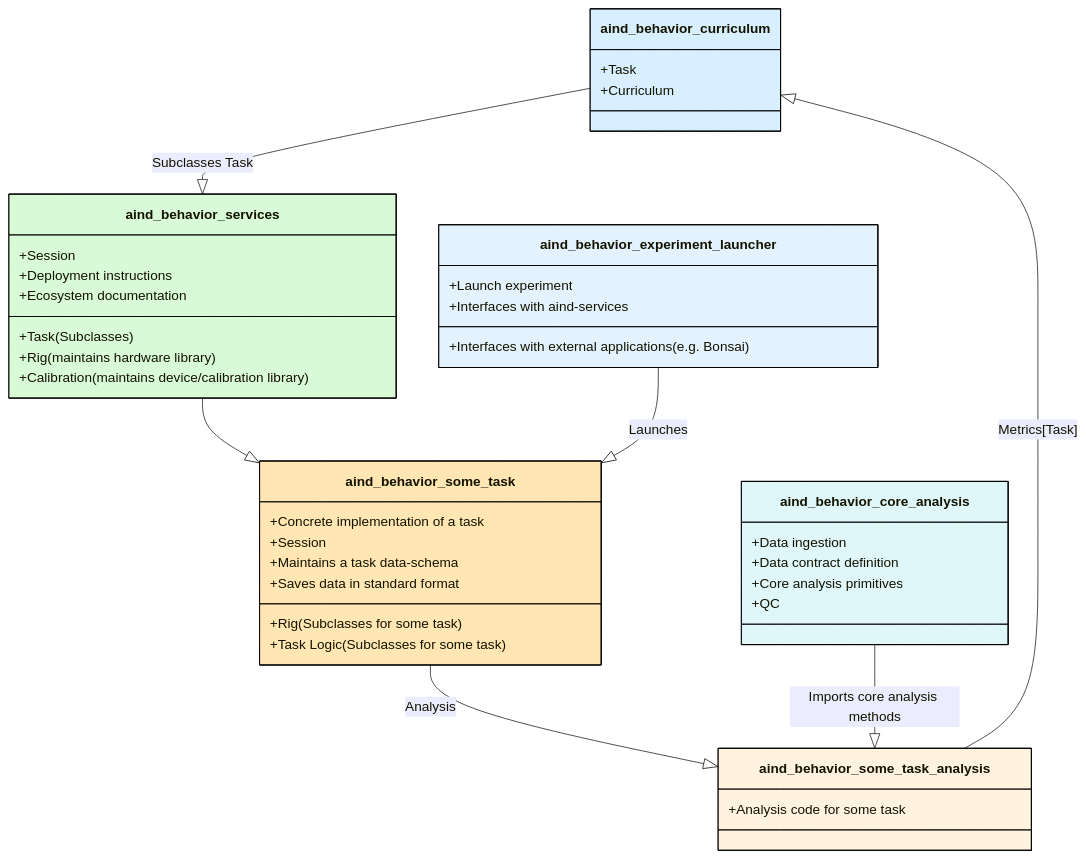
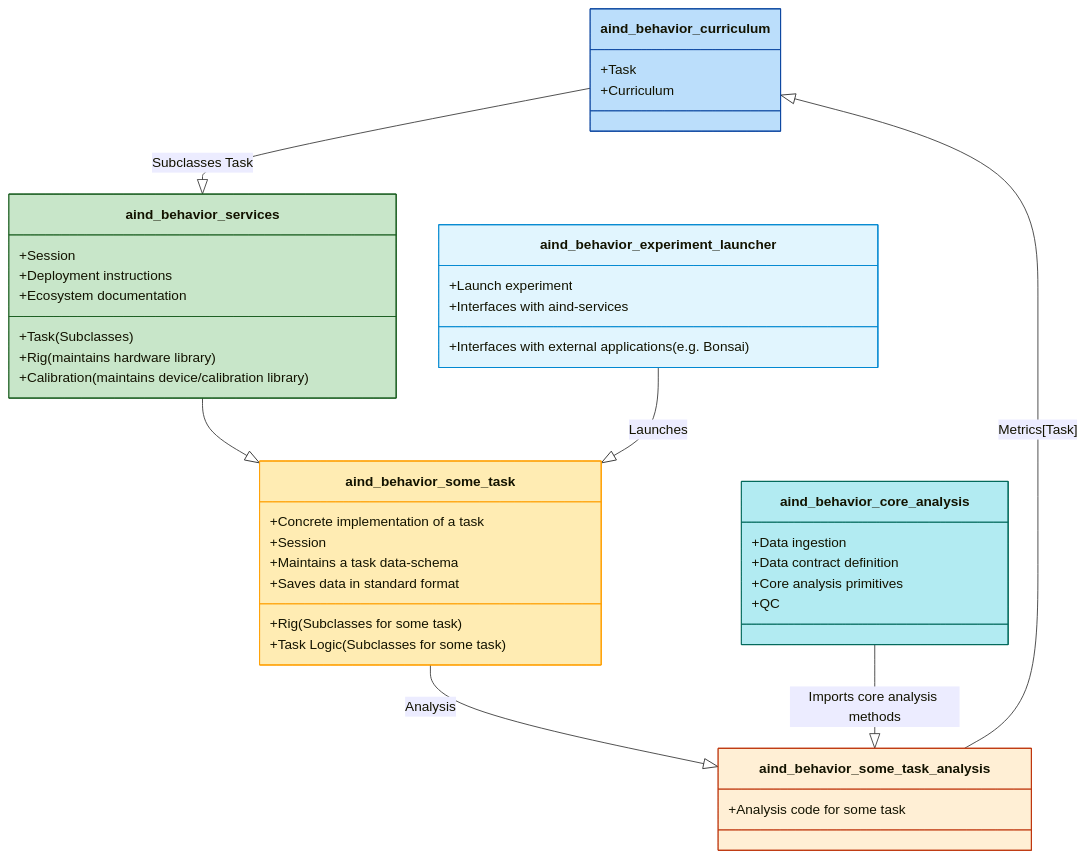
The diagram in README.md (AllenNeuralDynamics/aind-behavior-rig-calibration), drawn with Mermaid before and after one commit.

Commit message:
Improve theme

````diff
--- a/README.md
+++ b/README.md
@@ -71,60 +71,61 @@
 ```mermaid
 
 classDiagram
     class aind_behavior_curriculum {
         +Task
         +Curriculum
     }
 
     class aind_behavior_services {
         +Task (Subclasses)
         +Rig (maintains hardware library)
         +Session
         +Calibration (maintains device/calibration library)
         +Deployment instructions
         +Ecosystem documentation
     }
 
     class aind_behavior_experiment_launcher {
         +Launch experiment
         +Interfaces with external applications (e.g. Bonsai)
         +Interfaces with aind-services
     }
 
     class aind_behavior_some_task {
         +Concrete implementation of a task
         +Rig (Subclasses for some task)
         +Session
         +Task Logic (Subclasses for some task)
         +Maintains a task data-schema
         +Saves data in standard format
     }
 
 
     class aind_behavior_some_task_analysis {
         +Analysis code for some task
     }
 
 
     class aind_behavior_core_analysis {
         +Data ingestion
         +Data contract definition
         +Core analysis primitives
         +QC
     }
 
     aind_behavior_curriculum --|> aind_behavior_services : Subclasses Task
     aind_behavior_services --|> aind_behavior_some_task 
     aind_behavior_some_task --|> aind_behavior_some_task_analysis : Analysis
     aind_behavior_core_analysis --|> aind_behavior_some_task_analysis : Imports core analysis methods
     aind_behavior_some_task_analysis --|> aind_behavior_curriculum : Metrics[Task]
     
     aind_behavior_experiment_launcher --|> aind_behavior_some_task : Launches
 
-    style aind_behavior_curriculum fill:#D8EFFF,stroke:#000000,stroke-width:1px
-    style aind_behavior_services fill:#D9FAD7,stroke:#000000,stroke-width:1px
-    style aind_behavior_experiment_launcher fill:#E3F2FD,stroke:#000000,stroke-width:1px
-    style aind_behavior_some_task fill:#FFE6B3,stroke:#000000,stroke-width:1px
-    style aind_behavior_some_task_analysis fill:#FFF3E0,stroke:#000000,stroke-width:1px
-    style aind_behavior_core_analysis fill:#E0F7FA,stroke:#000000,stroke-width:1px
+    style aind_behavior_curriculum fill:#BBDEFB,stroke:#0D47A1,stroke-width:1px
+    style aind_behavior_services fill:#C8E6C9,stroke:#1B5E20,stroke-width:1px
+    style aind_behavior_experiment_launcher fill:#E1F5FE,stroke:#0288D1,stroke-width:1px
+    style aind_behavior_some_task fill:#FFECB3,stroke:#FFA000,stroke-width:1px
+    style aind_behavior_some_task_analysis fill:#FFEFD5,stroke:#BF360C,stroke-width:1px
+    style aind_behavior_core_analysis fill:#B2EBF2,stroke:#00695C,stroke-width:1px
+
 ```
````
